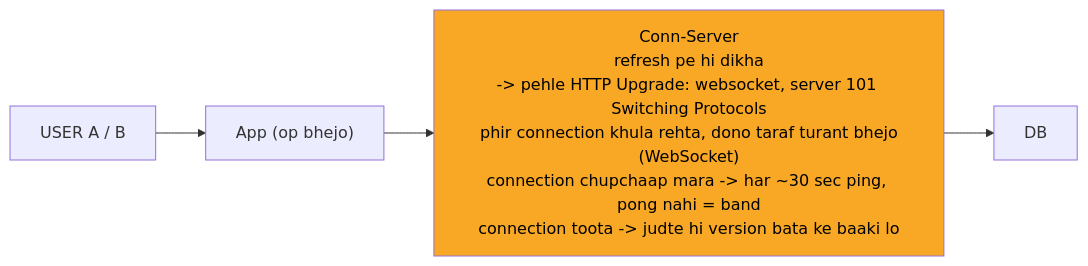
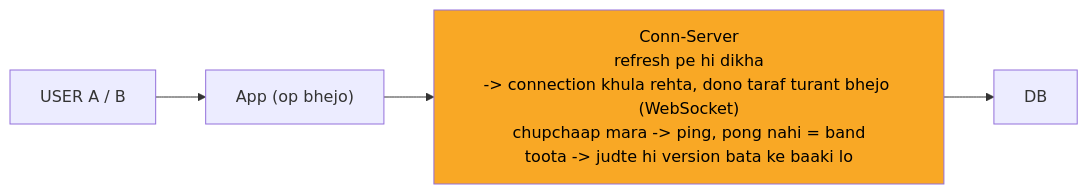
The diagram in 04_HLD/SYSTEM_DESIGNS/11_google_docs_collab/img/c2.mmd (ArpanMaheshwari144/Prep), drawn with Mermaid before and after one commit. The commit also changed 36 other files, not shown here.

```diff
--- a/04_HLD/SYSTEM_DESIGNS/11_google_docs_collab/img/c2.mmd
+++ b/04_HLD/SYSTEM_DESIGNS/11_google_docs_collab/img/c2.mmd
@@ -1,10 +1,10 @@
 %%{init: {"flowchart": {"wrappingWidth": 450}}}%%
 flowchart LR
     n_USER["USER A / B"]
     n_App["App (op bhejo)"]
-    n_CS["Conn-Server<br/>refresh pe hi dikha<br/>-> pehle HTTP Upgrade: websocket, server 101 Switching Protocols<br/>phir connection khula rehta, dono taraf turant bhejo<br/>(WebSocket)<br/>connection chupchaap mara -> har ~30 sec ping, pong nahi = band<br/>connection toota -> judte hi version bata ke baaki lo"]
+    n_CS["Conn-Server<br/>refresh pe hi dikha<br/>-> connection khula rehta, dono taraf turant bhejo (WebSocket)<br/>chupchaap mara -> ping, pong nahi = band<br/>toota -> judte hi version bata ke baaki lo"]
     n_DB["DB"]
     n_USER --> n_App
     n_App --> n_CS
     n_CS --> n_DB
     style n_CS fill:#f9a825,color:#000
```
